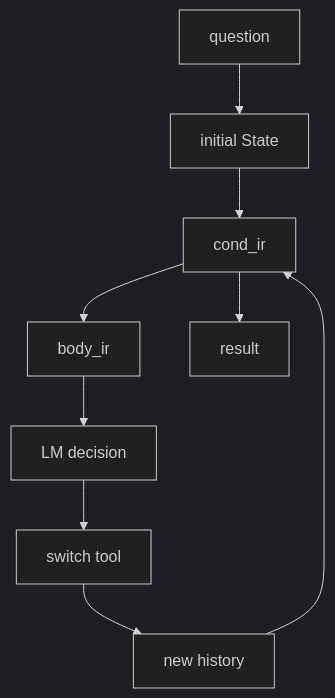
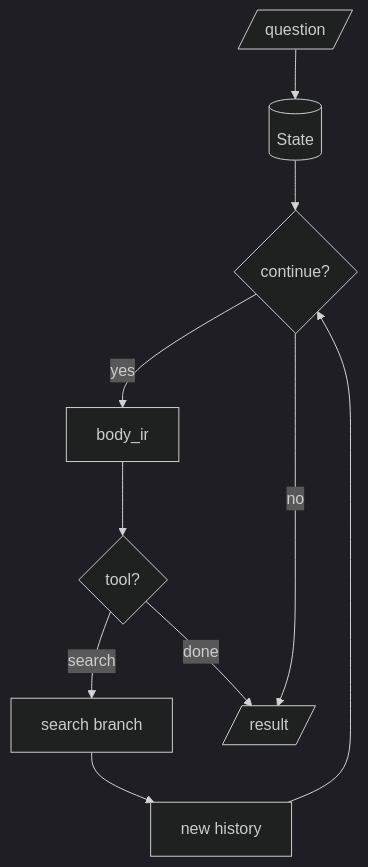
One commit to ASEM000/autoform changed the diagram in docs/recipes/tool-use-agent.md. Above: the diagram before and after it, drawn with Mermaid (dark theme). The commit also changed other lines of this file and 4 other files, not shown here.

Commit message:
docs: improve mermaid

````diff
--- a/docs/recipes/tool-use-agent.md
+++ b/docs/recipes/tool-use-agent.md
@@ -5,11 +5,12 @@
 ```{mermaid}
 flowchart TD
-    Q["question"] --> I["initial State"]
-    I --> C["cond_ir"]
-    C --> B["body_ir"]
-    B --> D["LM decision"]
-    D --> S["switch tool"]
+    Q[/question/] --> I[(State)]
+    I --> C{"continue?"}
+    C -- yes --> B["body_ir"]
+    B --> D{"tool?"}
+    D -- search --> S["search branch"]
     S --> H["new history"]
     H --> C
-    C --> R["result"]
+    D -- done --> R[/result/]
+    C -- no --> R
 ```
````
